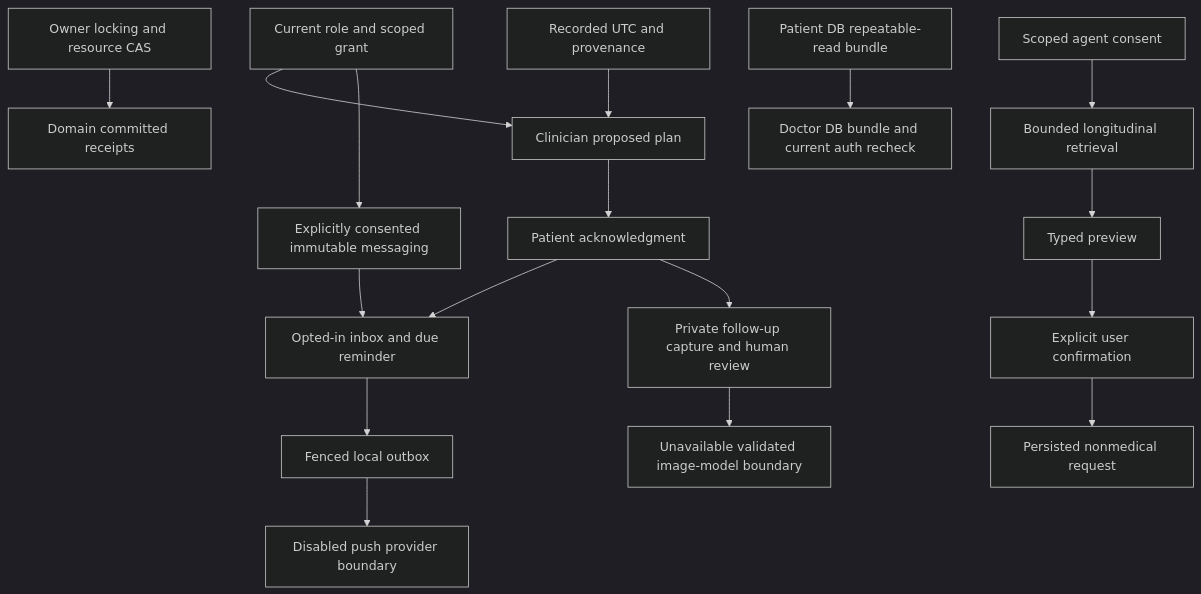
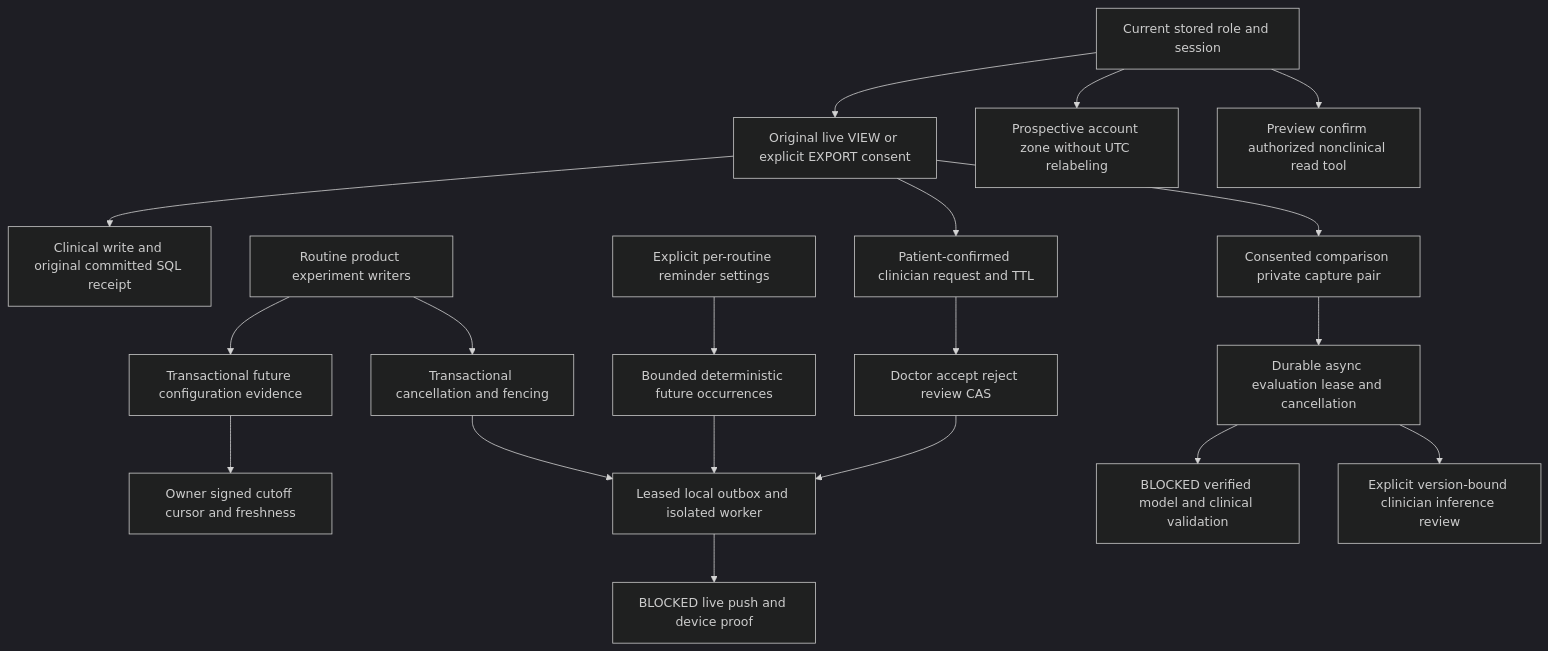
Before and after one commit to Hussamwaleed15/Dermaire-Project: the diagram in backend/docs/EXPANDED_MASTER_STATUS.md, drawn with Mermaid (dark theme). The commit also changed other lines of this file and 6 other files, not shown here.

````diff
--- a/backend/docs/EXPANDED_MASTER_STATUS.md
+++ b/backend/docs/EXPANDED_MASTER_STATUS.md
@@ -9,19 +17,21 @@
 ```mermaid
 flowchart TD
-  H1[Current role and scoped grant] --> MSG[Explicitly consented immutable messaging]
-  H1 --> PLAN[Clinician proposed plan]
-  H2[Owner locking and resource CAS] --> RECEIPT[Domain committed receipts]
-  H4[Recorded UTC and provenance] --> PLAN
-  PLAN --> ACK[Patient acknowledgment]
-  ACK --> CAP[Private follow-up capture and human review]
-  ACK --> INBOX[Opted-in inbox and due reminder]
-  MSG --> INBOX
-  INBOX --> OUTBOX[Fenced local outbox]
-  OUTBOX --> PUSH[Disabled push provider boundary]
-  CAP --> IMAGE[Unavailable validated image-model boundary]
-  CONSENT[Scoped agent consent] --> CONTEXT[Bounded longitudinal retrieval]
-  CONTEXT --> PREVIEW[Typed preview]
-  PREVIEW --> CONFIRM[Explicit user confirmation]
-  CONFIRM --> REQUEST[Persisted nonmedical request]
-  RR[Patient DB repeatable-read bundle] --> DOC[Doctor DB bundle and current auth recheck]
+  AUTH[Current stored role and session] --> GRANT[Original live VIEW or explicit EXPORT consent]
+  GRANT --> CLINICAL[Clinical write and original committed SQL receipt]
+  AUTH --> CAL[Prospective account zone without UTC relabeling]
+  WRITERS[Routine product experiment writers] --> EVENTS[Transactional future configuration evidence]
+  EVENTS --> HISTORY[Owner signed cutoff cursor and freshness]
+  CONSENT[Explicit per-routine reminder settings] --> OCC[Bounded deterministic future occurrences]
+  WRITERS --> CANCEL[Transactional cancellation and fencing]
+  OCC --> OUTBOX[Leased local outbox and isolated worker]
+  CANCEL --> OUTBOX
+  OUTBOX --> PUSH[BLOCKED live push and device proof]
+  GRANT --> REQUEST[Patient-confirmed clinician request and TTL]
+  REQUEST --> DECISION[Doctor accept reject review CAS]
+  DECISION --> OUTBOX
+  AUTH --> TOOL[Preview confirm authorized nonclinical read tool]
+  GRANT --> PLAN[Consented comparison private capture pair]
+  PLAN --> JOB[Durable async evaluation lease and cancellation]
+  JOB --> MODEL[BLOCKED verified model and clinical validation]
+  JOB --> REVIEW[Explicit version-bound clinician inference review]
 ```
````
